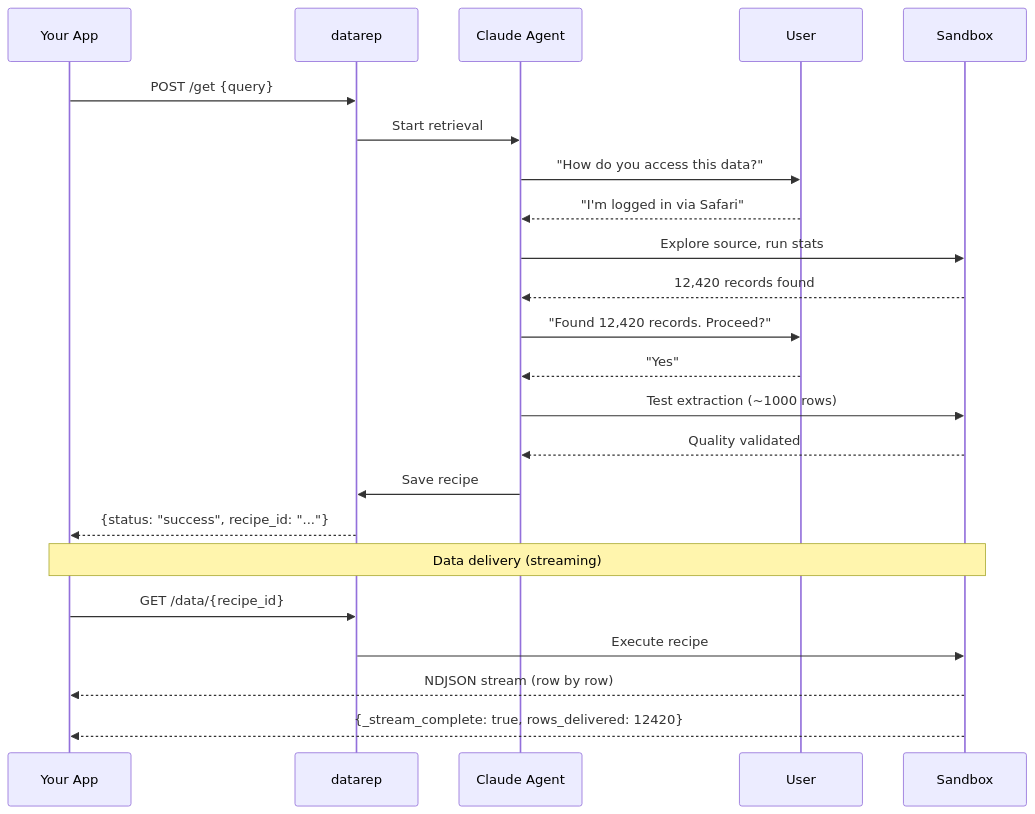
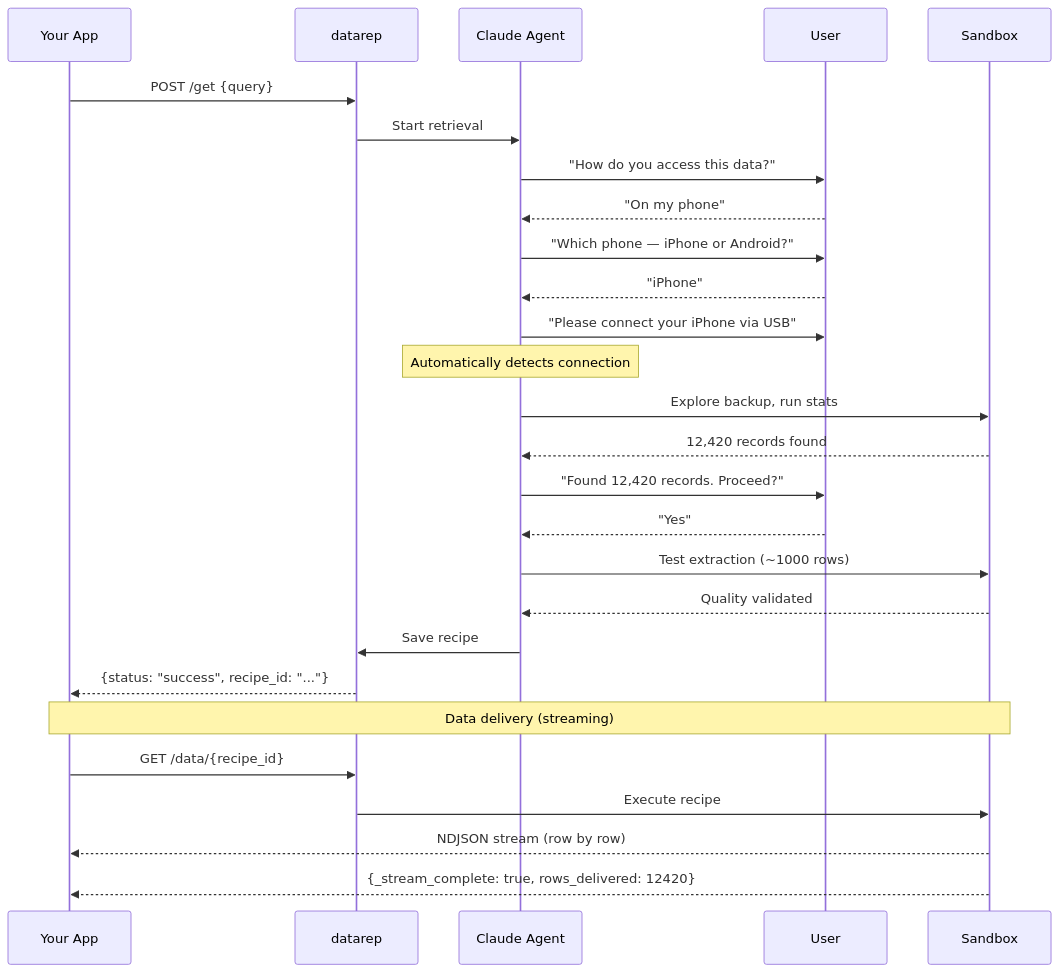
The diagram in docs/index.md (datarep-ai/datarep-docs), drawn with Mermaid before and after one commit. The commit also changed other lines of this file and 1 other file, not shown here.

Commit message:
Update docs for device-assisted retrieval, instruct_user, and Opus 4.6
- Index: update sequence diagram to show device-assisted flow with
  clarifying questions and automatic connection detection
- Integration guide: update model default to claude-opus-4-6, add
  device-assisted retrieval steps, document monitoring behavior for
  sessions, update security and sandbox sections

Made-with: Cursor

````diff
--- a/docs/index.md
+++ b/docs/index.md
@@ -71,27 +71,31 @@
 ```mermaid
 sequenceDiagram
     participant App as Your App
     participant DR as datarep
     participant Agent as Claude Agent
     participant User as User
     participant Sandbox as Sandbox
 
     App->>DR: POST /get {query}
     DR->>Agent: Start retrieval
     Agent->>User: "How do you access this data?"
-    User-->>Agent: "I'm logged in via Safari"
-    Agent->>Sandbox: Explore source, run stats
+    User-->>Agent: "On my phone"
+    Agent->>User: "Which phone — iPhone or Android?"
+    User-->>Agent: "iPhone"
+    Agent->>User: "Please connect your iPhone via USB"
+    Note over Agent: Automatically detects connection
+    Agent->>Sandbox: Explore backup, run stats
     Sandbox-->>Agent: 12,420 records found
     Agent->>User: "Found 12,420 records. Proceed?"
     User-->>Agent: "Yes"
     Agent->>Sandbox: Test extraction (~1000 rows)
     Sandbox-->>Agent: Quality validated
     Agent->>DR: Save recipe
     DR-->>App: {status: "success", recipe_id: "..."}
 
     Note over App,Sandbox: Data delivery (streaming)
     App->>DR: GET /data/{recipe_id}
     DR->>Sandbox: Execute recipe
     Sandbox-->>App: NDJSON stream (row by row)
     Sandbox-->>App: {_stream_complete: true, rows_delivered: 12420}
 ```
````
